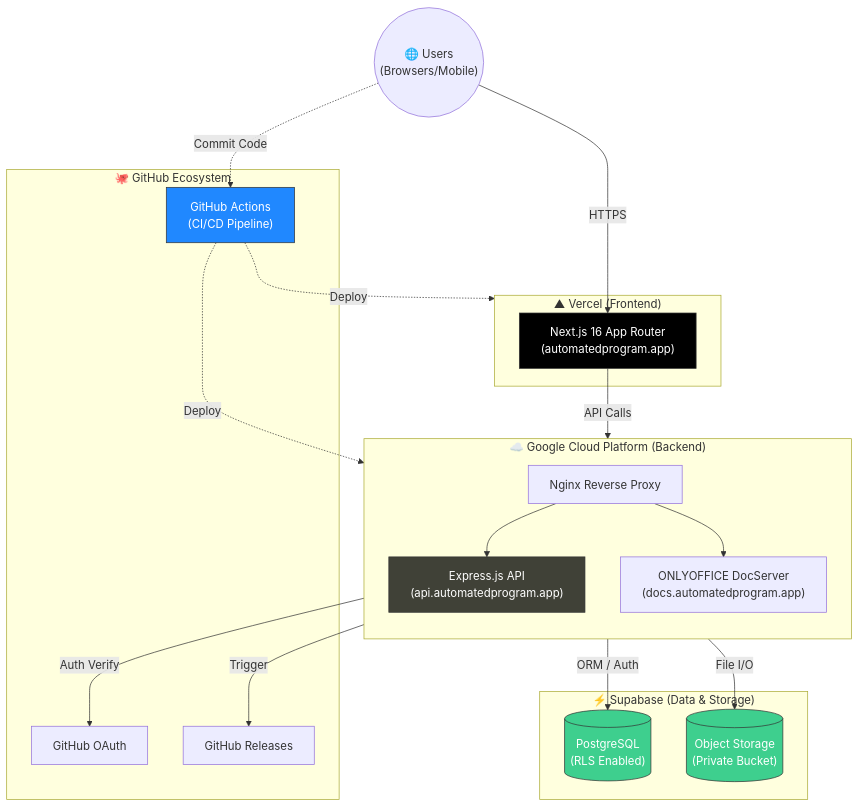
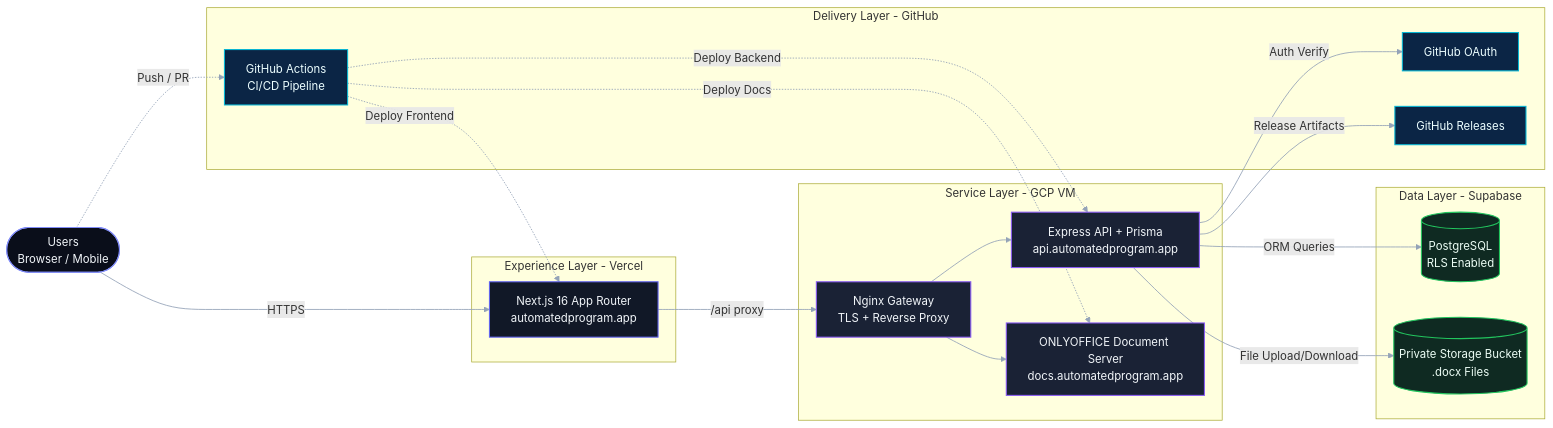
The first of 2 diagrams in README.md (LQH-coding-frenzy/Main_ReportOps_Project_Git), drawn with Mermaid before and after one commit. The commit also changed other lines of this file, not shown here.

Commit message:
docs: add compact architecture view for README readability
Add a mobile-friendly Mermaid diagram so contributors can quickly understand the deployment topology in GitHub preview. Also align architecture presentation with the project visual language for better consistency.

````diff
--- a/README.md
+++ b/README.md
@@ -19,48 +21,61 @@
 ```mermaid
-graph TD
-    %% Nodes
-    User(("🌐 Users<br/>(Browsers/Mobile)"))
-    
-    subgraph Vercel ["▲ Vercel (Frontend)"]
-        Next["Next.js 16 App Router<br/>(automatedprogram.app)"]
-    end
-    
-    subgraph GCP ["☁️ Google Cloud Platform (Backend)"]
-        direction TB
-        Nginx["Nginx Reverse Proxy"]
-        Express["Express.js API<br/>(api.automatedprogram.app)"]
-        OO["ONLYOFFICE DocServer<br/>(docs.automatedprogram.app)"]
-        
-        Nginx --> Express
-        Nginx --> OO
-    end
-    
-    subgraph Supabase ["⚡ Supabase (Data & Storage)"]
-        DB[("PostgreSQL<br/>(RLS Enabled)")]
-        Storage[("Object Storage<br/>(Private Bucket)")]
-    end
-    
-    subgraph GitHub ["🐙 GitHub Ecosystem"]
-        Auth["GitHub OAuth"]
-        CICD["GitHub Actions<br/>(CI/CD Pipeline)"]
-        Rel["GitHub Releases"]
+flowchart LR
+    %% Client
+    U([Users<br/>Browser / Mobile])
+
+    %% Experience
+    subgraph FE["Experience Layer - Vercel"]
+        WEB["Next.js 16 App Router<br/>automatedprogram.app"]
     end
 
-    %% Connections
-    User -->|HTTPS| Next
-    Next -->|API Calls| Nginx
-    Express -->|ORM / Auth| DB
-    Express -->|File I/O| Storage
-    Express -->|Auth Verify| Auth
-    Express -->|Trigger| Rel
-    User -.->|Commit Code| CICD
-    CICD -.->|Deploy| GCP
-    CICD -.->|Deploy| Vercel
+    %% Service
+    subgraph BE["Service Layer - GCP VM"]
+        NGINX["Nginx Gateway<br/>TLS + Reverse Proxy"]
+        API["Express API + Prisma<br/>api.automatedprogram.app"]
+        DOCS["ONLYOFFICE Document Server<br/>docs.automatedprogram.app"]
+        NGINX --> API
+        NGINX --> DOCS
+    end
 
-    %% Styles
-    style Next fill:#000,color:#fff,stroke:#333
-    style Express fill:#404137,color:#fff,stroke:#333
-    style DB fill:#3ecf8e,color:#fff,stroke:#333
-    style Storage fill:#3ecf8e,color:#fff,stroke:#333
-    style CICD fill:#2088ff,color:#fff,stroke:#333
+    %% Data
+    subgraph DATA["Data Layer - Supabase"]
+        DB[("PostgreSQL<br/>RLS Enabled")]
+        ST[("Private Storage Bucket<br/>.docx Files")]
+    end
+
+    %% Delivery
+    subgraph GH["Delivery Layer - GitHub"]
+        OAUTH["GitHub OAuth"]
+        CICD["GitHub Actions<br/>CI/CD Pipeline"]
+        REL["GitHub Releases"]
+    end
+
+    %% Runtime flows
+    U -->|HTTPS| WEB
+    WEB -->|/api proxy| NGINX
+    API -->|Auth Verify| OAUTH
+    API -->|ORM Queries| DB
+    API -->|File Upload/Download| ST
+    API -->|Release Artifacts| REL
+
+    %% Dev flows
+    U -.->|Push / PR| CICD
+    CICD -.->|Deploy Frontend| WEB
+    CICD -.->|Deploy Backend| API
+    CICD -.->|Deploy Docs| DOCS
+
+    %% Brand palette from app CSS variables
+    classDef user fill:#0a0e1a,stroke:#818cf8,color:#f1f5f9,stroke-width:1.5px;
+    classDef fe fill:#111827,stroke:#6366f1,color:#f1f5f9,stroke-width:1.5px;
+    classDef svc fill:#1a2235,stroke:#8b5cf6,color:#f1f5f9,stroke-width:1.5px;
+    classDef data fill:#0f2a22,stroke:#22c55e,color:#ecfdf5,stroke-width:1.5px;
+    classDef gh fill:#0b2545,stroke:#06b6d4,color:#ecfeff,stroke-width:1.5px;
+
+    class U user;
+    class WEB fe;
+    class NGINX,API,DOCS svc;
+    class DB,ST data;
+    class OAUTH,CICD,REL gh;
+
+    linkStyle default stroke:#94a3b8,stroke-width:1.2px;
 ```
````
